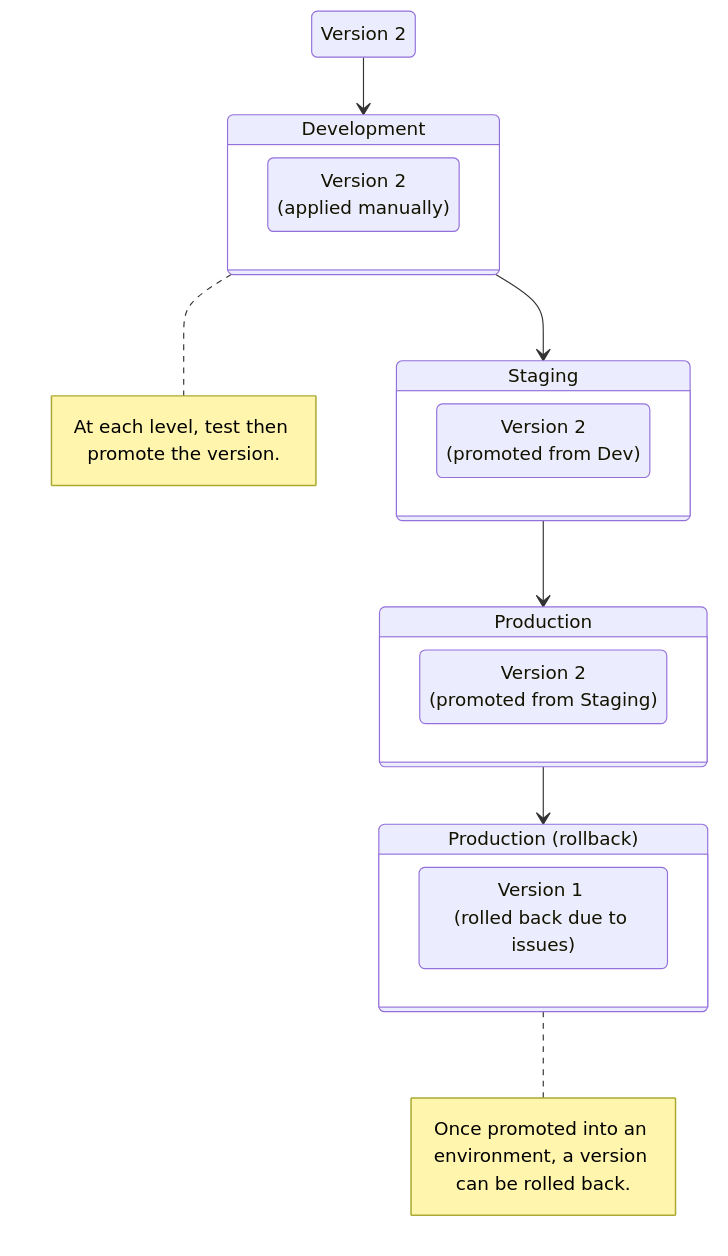
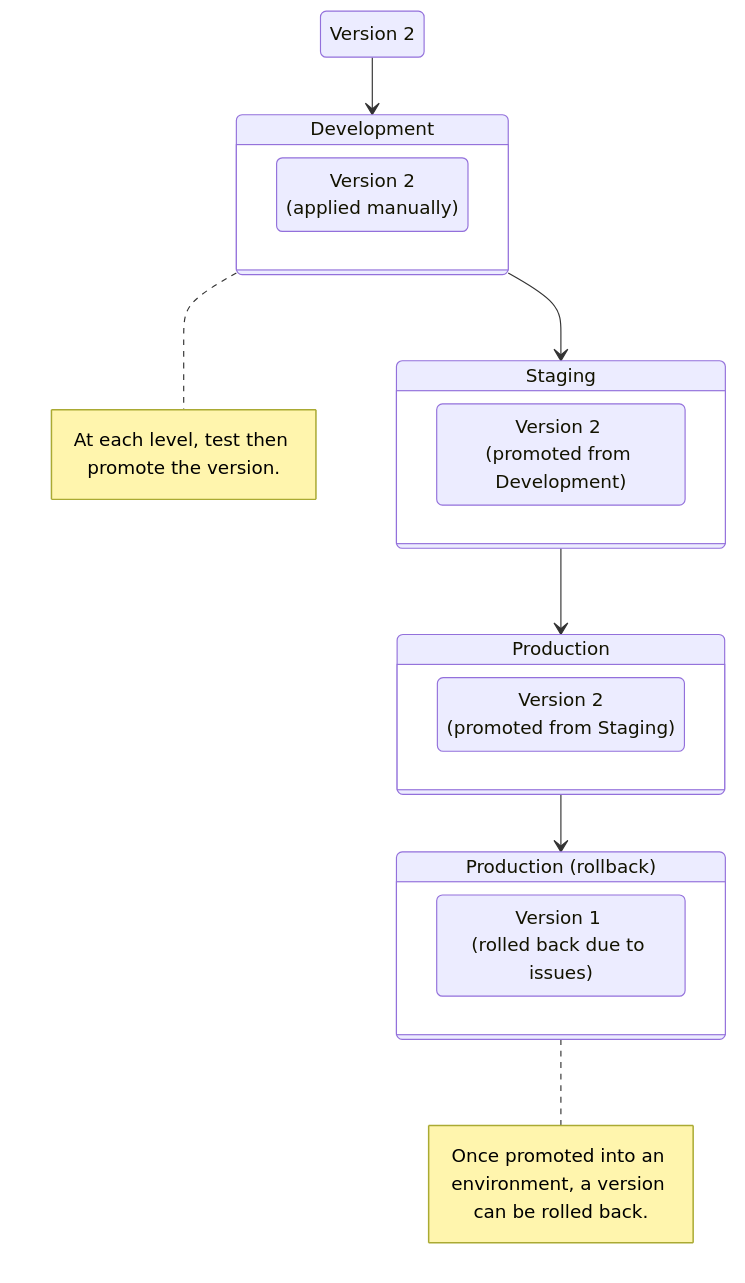
The diagram in content/version-management/about.md (cloudflare/cloudflare-docs), drawn with Mermaid before and after one commit. The commit also changed other lines of this file and 9 other files, not shown here.

```diff
--- a/content/version-management/about.md
+++ b/content/version-management/about.md
@@ -11,31 +11,31 @@
 <div class="mermaid">
 stateDiagram-v2
     V2: Version 2
     V22: Version 2 <br/>(applied manually)
-    V23: Version 2 <br/>(promoted from Dev)
+    V23: Version 2 <br/>(promoted from Development)
     V24: Version 2 <br/>(promoted from Staging)
     Revert: Production (rollback)
     V1: Version 1 <br/>(rolled back due to issues)
     V2 --> Development
     Development --> Staging
     Staging --> Production
     Production --> Revert
     state Development {
         V22
     }
     note right of Development
             At each level, test then promote the version.
         end note
     state Staging {
         V23
     }
     state Production {
         V24
     }
     state Revert {
         V1
     }
     note right of Revert
             Once promoted into an environment, a version can be rolled back.
         end note
 </div>
```
